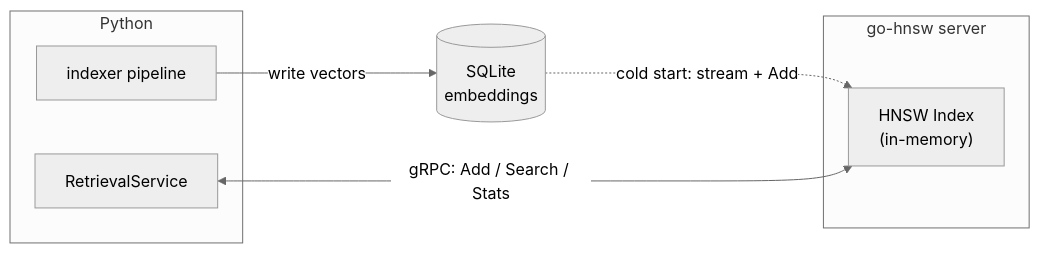
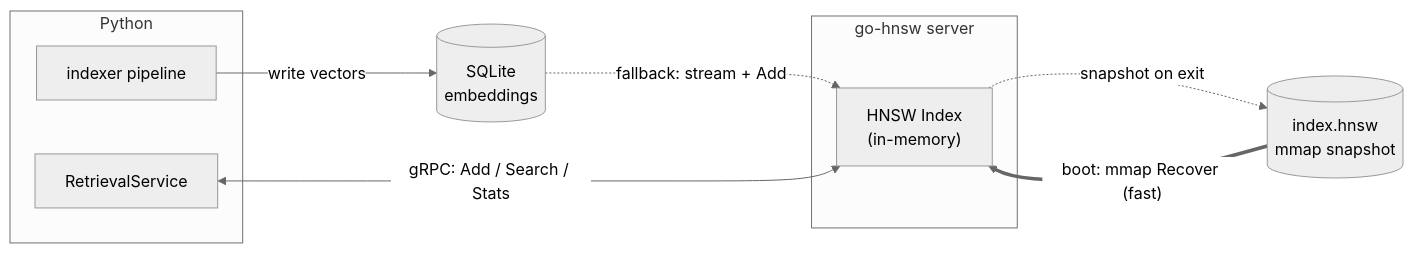
One commit to AndyUneducated/repo-sage changed the fourth of 4 diagrams in docs/ARCHITECTURE.md. Above: the diagram before and after it, drawn with Mermaid (neutral theme). The commit also changed other lines of this file and 37 other files, not shown here.

First line of the commit message:
feat(go-hnsw): Phase 4 v2 — mmap persistence + benchmarking

````diff
--- a/docs/ARCHITECTURE.md
+++ b/docs/ARCHITECTURE.md
@@ -124,14 +124,17 @@
 ```mermaid
 flowchart LR
   subgraph Python
     Pipe["indexer pipeline"]
     Ret["RetrievalService"]
   end
   subgraph Go["go-hnsw server"]
     Idx["HNSW Index<br/>(in-memory)"]
   end
   DB[(SQLite<br/>embeddings)]
+  Snap[(index.hnsw<br/>mmap snapshot)]
   Pipe -->|write vectors| DB
-  DB -.->|cold start: stream + Add| Idx
+  Snap ==>|"boot: mmap Recover (fast)"| Idx
+  DB -.->|"fallback: stream + Add"| Idx
+  Idx -.->|"snapshot on exit"| Snap
   Ret <-->|"gRPC: Add / Search / Stats"| Idx
 ```
````
